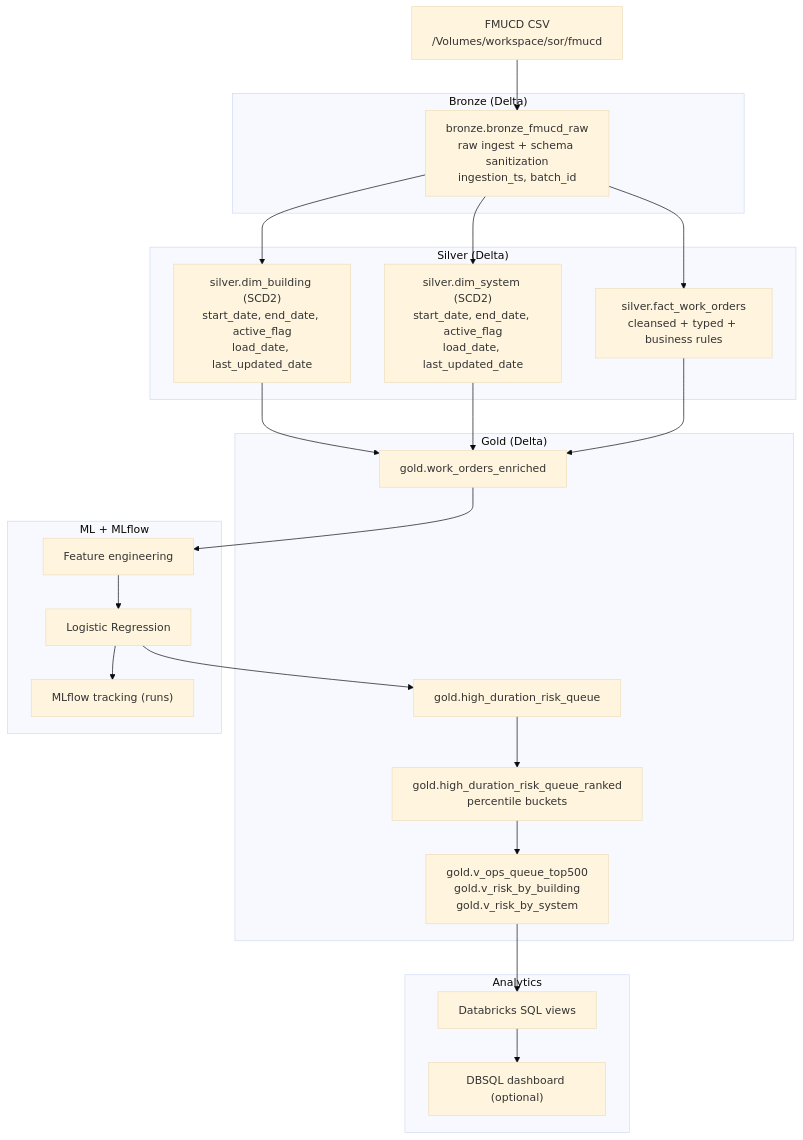
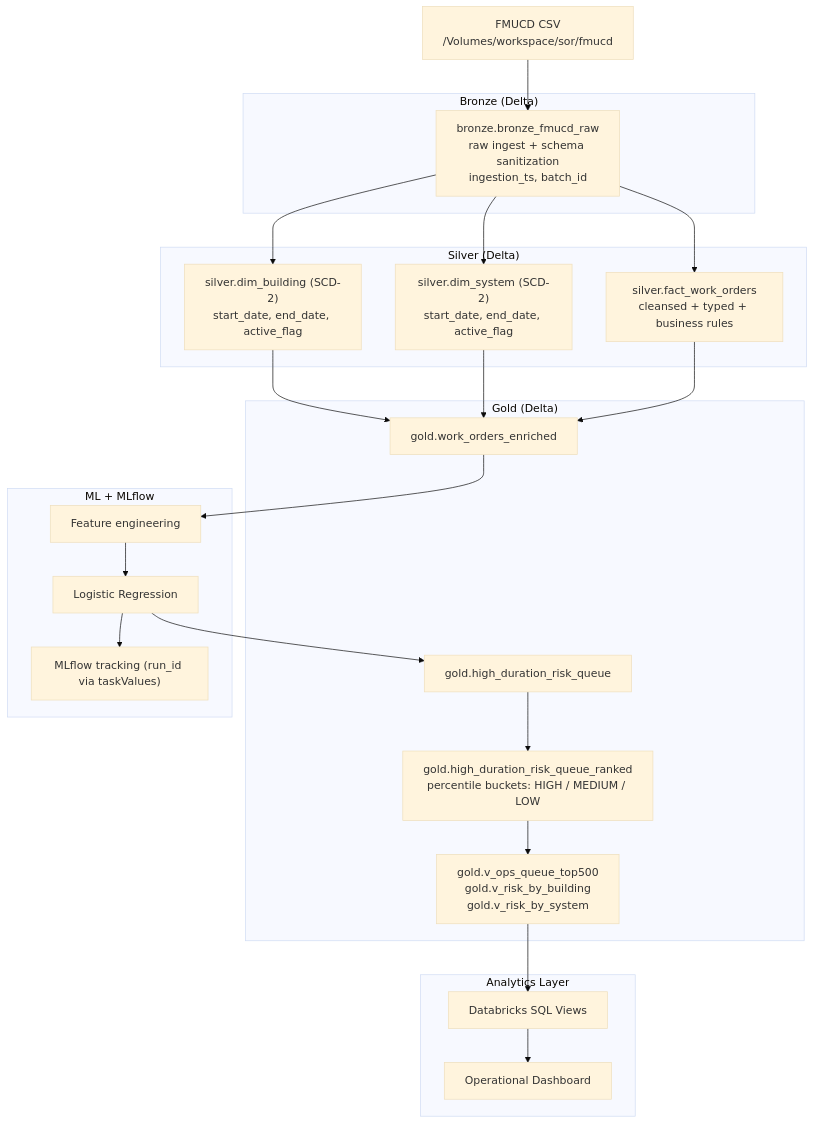
Before and after one commit to neo-bumblebee-ai/fmucd-facility-maintenance-analytics: the diagram in README.md, drawn with Mermaid (base theme). The commit also changed other lines of this file, not shown here.

````diff
--- a/README.md
+++ b/README.md
@@ -18,48 +30,44 @@
 ```mermaid
-
 flowchart TB
 
   A["FMUCD CSV<br/>/Volumes/workspace/sor/fmucd"]
 
   subgraph Bronze["Bronze (Delta)"]
     B1["bronze.bronze_fmucd_raw<br/>raw ingest + schema sanitization<br/>ingestion_ts, batch_id"]
   end
 
   subgraph Silver["Silver (Delta)"]
-    S1["silver.dim_building (SCD2)<br/>start_date, end_date, active_flag<br/>load_date, last_updated_date"]
-    S2["silver.dim_system (SCD2)<br/>start_date, end_date, active_flag<br/>load_date, last_updated_date"]
+    S1["silver.dim_building (SCD-2)<br/>start_date, end_date, active_flag"]
+    S2["silver.dim_system (SCD-2)<br/>start_date, end_date, active_flag"]
     S3["silver.fact_work_orders<br/>cleansed + typed + business rules"]
   end
 
   subgraph Gold["Gold (Delta)"]
     G1["gold.work_orders_enriched"]
     G2["gold.high_duration_risk_queue"]
-    G3["gold.high_duration_risk_queue_ranked<br/>percentile buckets"]
+    G3["gold.high_duration_risk_queue_ranked<br/>percentile buckets: HIGH / MEDIUM / LOW"]
     G4["gold.v_ops_queue_top500<br/>gold.v_risk_by_building<br/>gold.v_risk_by_system"]
   end
 
   subgraph ML["ML + MLflow"]
     M1["Feature engineering"]
     M2["Logistic Regression"]
-    M3["MLflow tracking (runs)"]
+    M3["MLflow tracking (run_id via taskValues)"]
   end
 
-  subgraph Analytics["Analytics"]
-    D1["Databricks SQL views"]
-    D2["DBSQL dashboard (optional)"]
+  subgraph Analytics["Analytics Layer"]
+    D1["Databricks SQL Views"]
+    D2["Operational Dashboard"]
   end
 
   A --> B1
   B1 --> S1
   B1 --> S2
   B1 --> S3
-
   S1 --> G1
   S2 --> G1
   S3 --> G1
-
   G1 --> M1 --> M2 --> M3
   M2 --> G2 --> G3 --> G4
   G4 --> D1 --> D2
-
-  ```
+```
````
